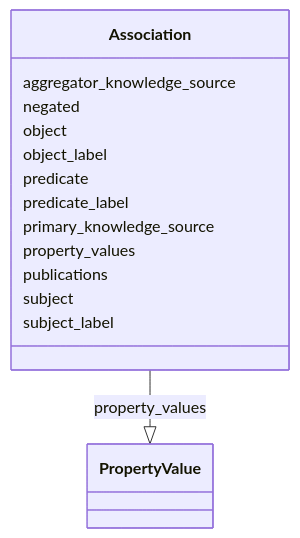
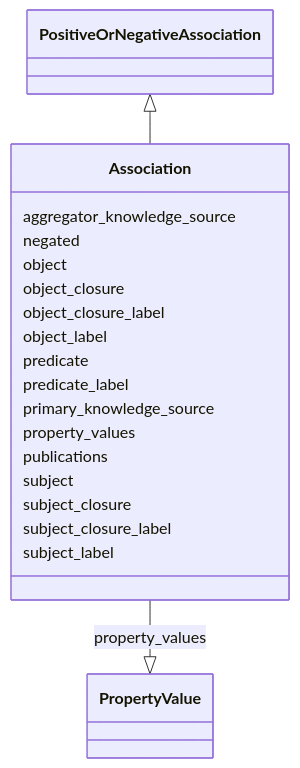
One commit to cthoyt/ontology-access-kit changed the diagram in association/Association.md. Above: the diagram before and after it, drawn with Mermaid. The commit also changed other lines of this file and 1534 other files, not shown here.

````diff
--- a/association/Association.md
+++ b/association/Association.md
@@ -14,29 +15,39 @@
 ```{mermaid}
  classDiagram
     class Association
+      PositiveOrNegativeAssociation <|-- Association
+      
       Association : aggregator_knowledge_source
         
       Association : negated
         
       Association : object
+        
+      Association : object_closure
+        
+      Association : object_closure_label
         
       Association : object_label
         
       Association : predicate
         
       Association : predicate_label
         
       Association : primary_knowledge_source
         
       Association : property_values
         
           Association --|> PropertyValue : property_values
         
       Association : publications
         
       Association : subject
         
+      Association : subject_closure
+        
+      Association : subject_closure_label
+        
       Association : subject_label
         
       
 ```
````
